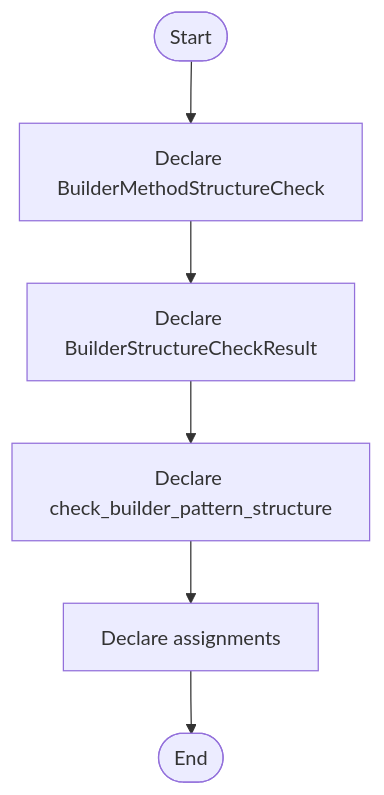
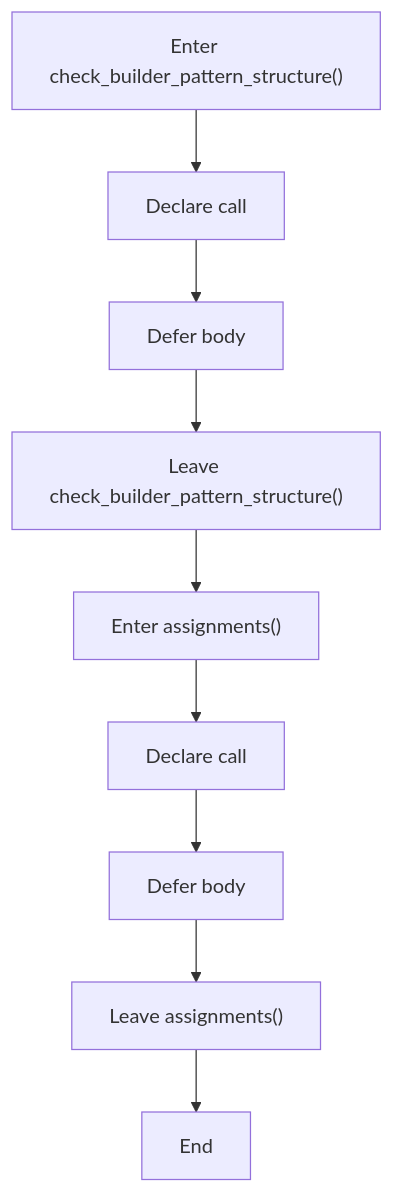
One commit to JohnAndrewBalbarosa/NeoTerritory changed the second of 6 diagrams in docs/Codebase/Microservice/Modules/Header/Creational/Builder/builder_pattern_logic.hpp.md. Above: the diagram before and after it, drawn with Mermaid. The commit also changed other lines of this file and 752 other files, not shown here.

````diff
--- a/docs/Codebase/Microservice/Modules/Header/Creational/Builder/builder_pattern_logic.hpp.md
+++ b/docs/Codebase/Microservice/Modules/Header/Creational/Builder/builder_pattern_logic.hpp.md
@@ -37,14 +49,20 @@
 ```mermaid
 flowchart TD
-    Start([Start])
-    N0[Declare BuilderMethodStructureCheck]
-    N1[Declare BuilderStructureCheckResult]
-    N2[Declare check_builder_pattern_structure]
-    N3[Declare assignments]
-    End([End])
-    Start --> N0
+    N0["Enter check_builder_pattern_structure()"]
+    N1["Declare call"]
+    N2["Defer body"]
+    N3["Leave check_builder_pattern_structure()"]
+    N4["Enter assignments()"]
+    N5["Declare call"]
+    N6["Defer body"]
+    N7["Leave assignments()"]
+    N8["End"]
     N0 --> N1
     N1 --> N2
     N2 --> N3
-    N3 --> End
+    N3 --> N4
+    N4 --> N5
+    N5 --> N6
+    N6 --> N7
+    N7 --> N8
 ```
````
